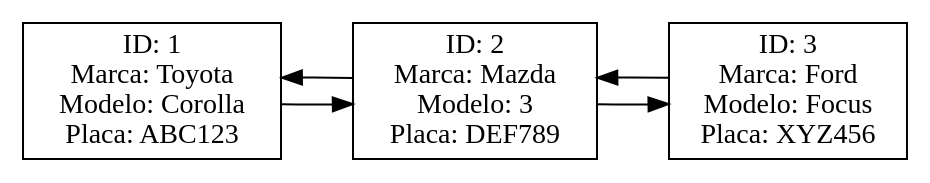
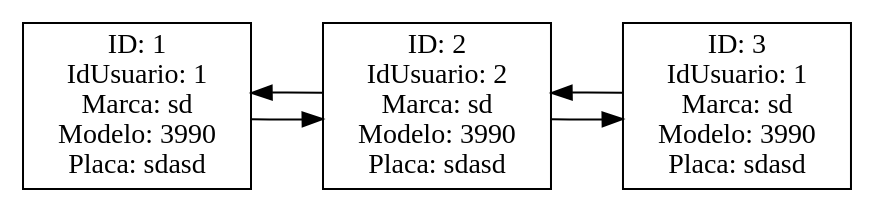
The diagram in Fase_1/AutoGestPro/AutoGestPro/bin/Debug/net9.0/reporte_Vehículos.dot (Santiago78op/EDD_1S2025_201905884), drawn with Graphviz before and after one commit. The commit also changed 34 other files, not shown here.

```diff
--- a/Fase_1/AutoGestPro/AutoGestPro/bin/Debug/net9.0/reporte_Vehículos.dot
+++ b/Fase_1/AutoGestPro/AutoGestPro/bin/Debug/net9.0/reporte_Vehículos.dot
@@ -1,11 +1,11 @@
 digraph G {
 node [shape=box];
 rankdir=LR;
-V1 [label="ID: 1\nMarca: Toyota\nModelo: Corolla\nPlaca: ABC123"];
-V2 [label="ID: 2\nMarca: Mazda\nModelo: 3\nPlaca: DEF789"];
+V1 [label="ID: 1\nIdUsuario: 1\nMarca: sd\nModelo: 3990\nPlaca: sdasd"];
+V2 [label="ID: 2\nIdUsuario: 2\nMarca: sd\nModelo: 3990\nPlaca: sdasd"];
 V1 -> V2;
 V2 -> V1;
-V3 [label="ID: 3\nMarca: Ford\nModelo: Focus\nPlaca: XYZ456"];
+V3 [label="ID: 3\nIdUsuario: 1\nMarca: sd\nModelo: 3990\nPlaca: sdasd"];
 V2 -> V3;
 V3 -> V2;
 }
```
